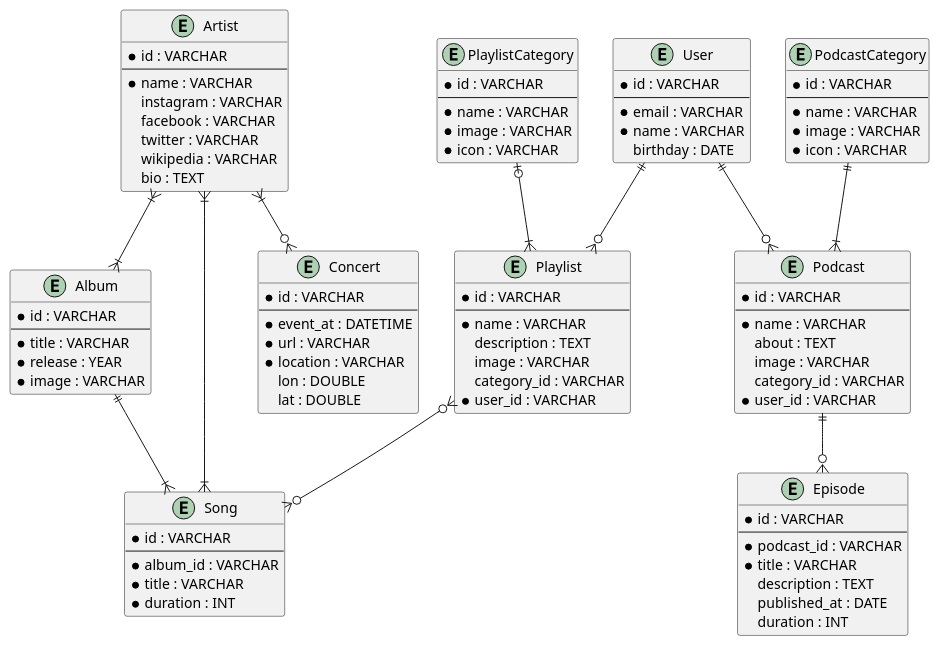
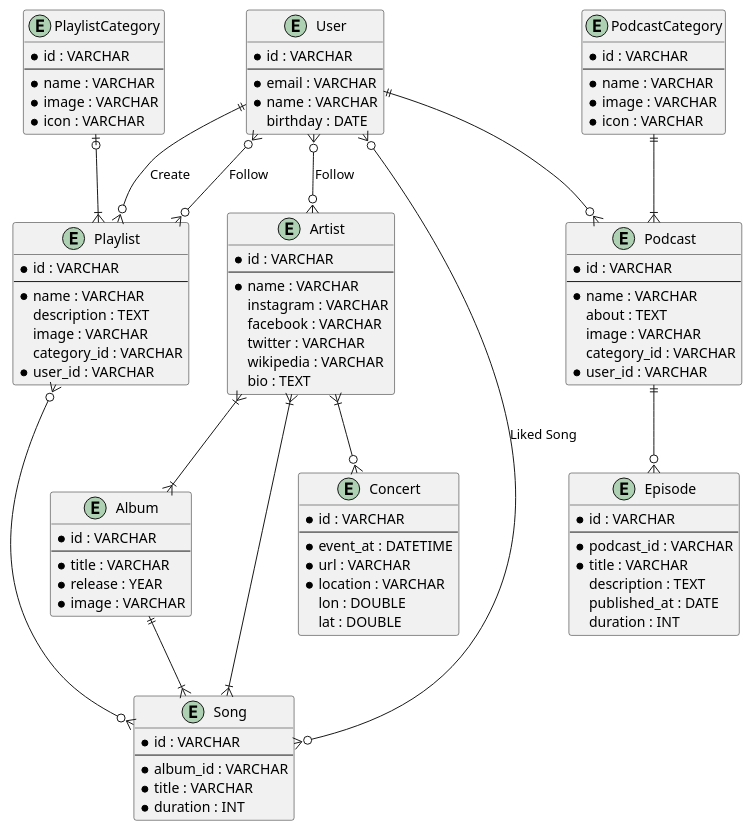
Before and after one commit to bayubagusbagaswara/design-database-spotify-clone: the diagram in src/entity.puml, drawn with PlantUML.

Commit message:
menentukan relasi follow artist, like song, follow playlist

```diff
--- a/src/entity.puml
+++ b/src/entity.puml
@@ -1,108 +1,115 @@
 @startuml
 entity Artist {
     * id : VARCHAR
     --
     * name : VARCHAR
     instagram : VARCHAR
     facebook : VARCHAR
     twitter : VARCHAR
     wikipedia : VARCHAR
     bio : TEXT
 }
 
 entity Album {
     * id : VARCHAR
     --
     * title : VARCHAR
     * release : YEAR
     * image : VARCHAR
 }
 
 entity Song {
     * id : VARCHAR
     --
     * album_id : VARCHAR
     * title : VARCHAR
     * duration : INT
 }
 
 entity PlaylistCategory {
     * id : VARCHAR
     --
     * name : VARCHAR
     * image : VARCHAR
     * icon : VARCHAR
 }
 entity Playlist{
     * id : VARCHAR
     --
     * name : VARCHAR
     description : TEXT
     image : VARCHAR
     category_id : VARCHAR
     * user_id : VARCHAR
 }
 
 entity PodcastCategory {
     * id : VARCHAR
     --
     * name : VARCHAR
     * image : VARCHAR
     * icon : VARCHAR
 }
 
  entity Podcast {
     * id : VARCHAR
     --
     * name : VARCHAR
     about : TEXT
     image : VARCHAR
     category_id : VARCHAR
     * user_id : VARCHAR
 }
 
 entity Episode {
     * id : VARCHAR
     --
     * podcast_id : VARCHAR
     * title : VARCHAR
     description : TEXT
     published_at : DATE
     duration : INT
 }
 
 entity User{
     * id : VARCHAR
     --
     * email : VARCHAR
     * name : VARCHAR
     birthday : DATE
 }
 
 entity Concert{
     * id : VARCHAR
     --
     * event_at : DATETIME
     * url : VARCHAR
     * location : VARCHAR
     lon : DOUBLE
     lat : DOUBLE
 }
 'relasi
 Artist }|--|{ Album
 'menentukan relasi Song
 Album ||--|{ Song
 Artist }|--|{ Song
 'menentukan relasi playlist
 PlaylistCategory |o--|{ Playlist
-User ||--o{ Playlist
+User ||--o{ Playlist : Create
 Playlist }o--o{ Song
 'relasi podcast
 'misal 1 category punya 1 podcast
 PodcastCategory ||--|{ Podcast
 User ||--o{ Podcast
 'relasi episode hanya ke podcast
 Podcast ||--o{ Episode
 'relasi concert
 Artist }|--o{ Concert
+'relasi follow artist
+User }o--o{ Artist : Follow
+'relasi like song
+User  }o--o{ Song : Liked Song
+'relasi follow playlist
+User }o--o{ Playlist : Follow
+
 @enduml
```
